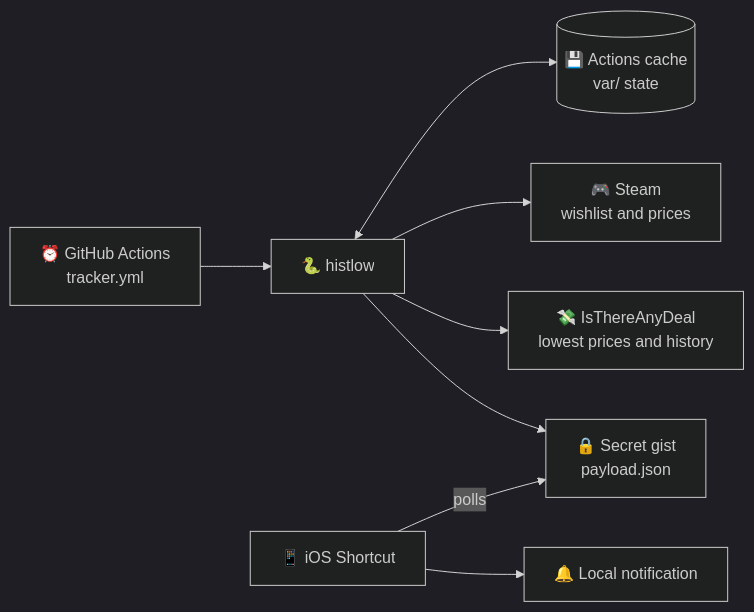
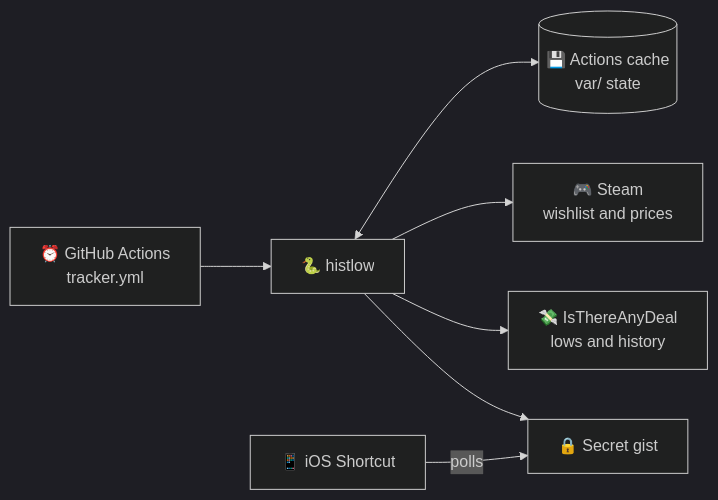
One commit to Isma-L154/histlow-tracker changed the second of 2 diagrams in README.md. Above: the diagram before and after it, drawn with Mermaid (dark theme). The commit also changed other lines of this file and 3 other files, not shown here.

````diff
--- a/README.md
+++ b/README.md
@@ -253,10 +126,9 @@
 ```mermaid
 flowchart LR
     T["⏰ GitHub Actions<br/>tracker.yml"] --> H["🐍 histlow"]
     H <--> V[("💾 Actions cache<br/>var/ state")]
     H --> S["🎮 Steam<br/>wishlist and prices"]
-    H --> D["💸 IsThereAnyDeal<br/>lowest prices and history"]
-    H --> G["🔒 Secret gist<br/>payload.json"]
+    H --> D["💸 IsThereAnyDeal<br/>lows and history"]
+    H --> G["🔒 Secret gist"]
     P["📱 iOS Shortcut"] -->|"polls"| G
-    P --> N["🔔 Local notification"]
 ```
````
